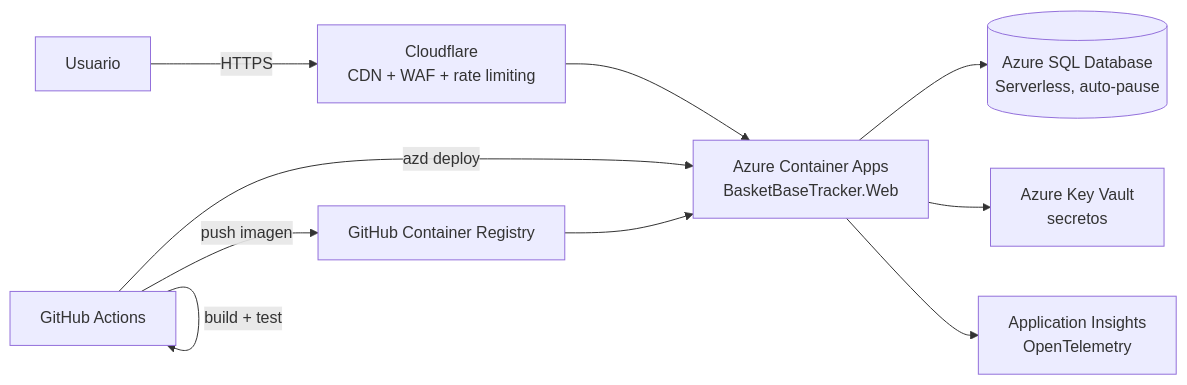
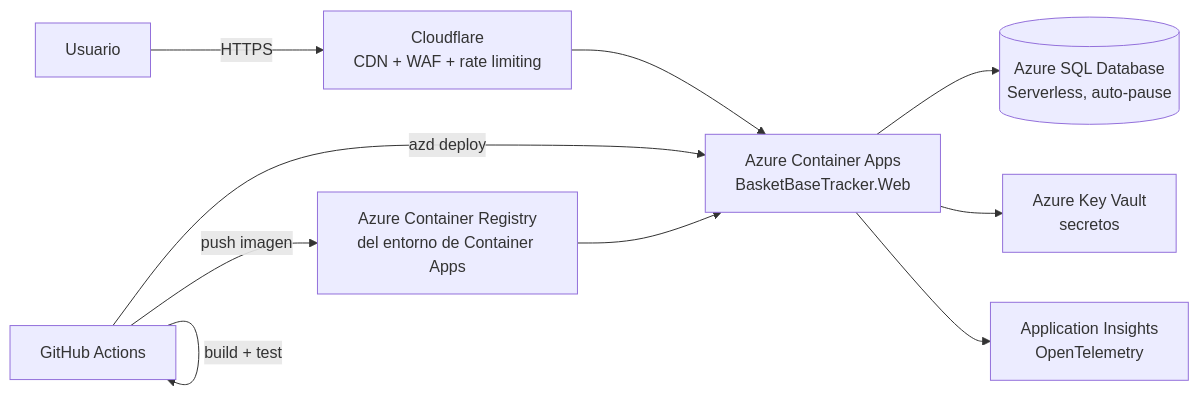
One commit to eduarroyo/basket changed the diagram in docs/architecture.md. Above: the diagram before and after it, drawn with Mermaid. The commit also changed other lines of this file and 3 other files, not shown here.

First line of the commit message:
BAS-3 Revertir GHCR: aceptar el ACR por defecto del entorno de Container Apps

````diff
--- a/docs/architecture.md
+++ b/docs/architecture.md
@@ -11,13 +11,13 @@
 ```mermaid
 flowchart LR
     Usuario -->|HTTPS| CF[Cloudflare<br/>CDN + WAF + rate limiting]
     CF --> CA[Azure Container Apps<br/>BasketBaseTracker.Web]
     CA --> SQL[(Azure SQL Database<br/>Serverless, auto-pause)]
     CA --> KV[Azure Key Vault<br/>secretos]
     CA --> AI[Application Insights<br/>OpenTelemetry]
 
     GH[GitHub Actions] -->|build + test| GH
-    GH -->|push imagen| GHCR[GitHub Container Registry]
+    GH -->|push imagen| ACR[Azure Container Registry<br/>del entorno de Container Apps]
     GH -->|azd deploy| CA
-    GHCR --> CA
+    ACR --> CA
 ```
````
